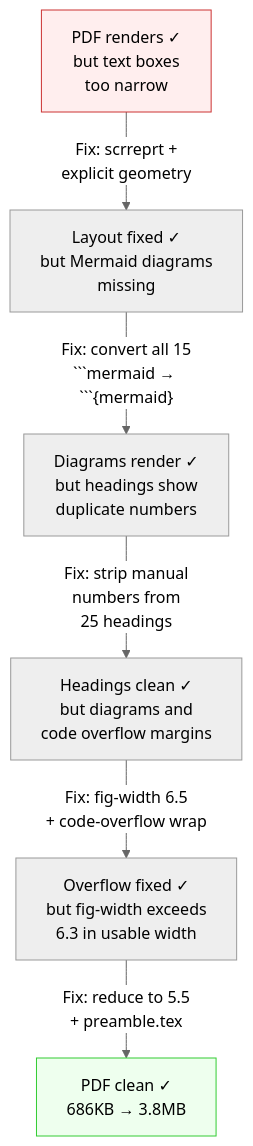
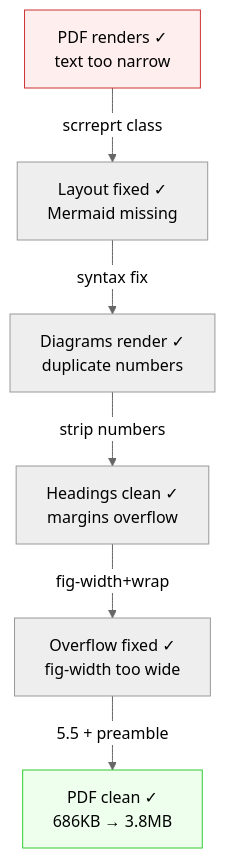
The second of 4 diagrams in case-study-publishing-pipeline.qmd (danielmeppiel/agentic-sdlc-handbook), drawn with Mermaid (neutral theme) before and after one commit. The commit also changed other lines of this file and 16 other files, not shown here.

First line of the commit message:
fix: aggressive fig-width capping — RCA-driven mermaid rendering overhaul

````diff
--- a/case-study-publishing-pipeline.qmd
+++ b/case-study-publishing-pipeline.qmd
@@ -67,12 +67,12 @@
 ```{mermaid}
-%%| fig-width: 5.5
+%%| fig-width: 4.5
 flowchart TD
-    A["PDF renders ✓<br/>but text boxes<br/>too narrow"] -->|Fix: scrreprt +<br/>explicit geometry| B["Layout fixed ✓<br/>but Mermaid diagrams<br/>missing"]
-    B -->|"Fix: convert all 15<br/>```mermaid → ```{mermaid}"| C["Diagrams render ✓<br/>but headings show<br/>duplicate numbers"]
-    C -->|Fix: strip manual<br/>numbers from<br/>25 headings| D["Headings clean ✓<br/>but diagrams and<br/>code overflow margins"]
-    D -->|Fix: fig-width 6.5<br/>+ code-overflow wrap| E["Overflow fixed ✓<br/>but fig-width exceeds<br/>6.3 in usable width"]
-    E -->|Fix: reduce to 5.5<br/>+ preamble.tex| F["PDF clean ✓<br/>686KB → 3.8MB"]
+    A["PDF renders ✓<br/>text too narrow"] -->|scrreprt class| B["Layout fixed ✓<br/>Mermaid missing"]
+    B -->|syntax fix| C["Diagrams render ✓<br/>duplicate numbers"]
+    C -->|strip numbers| D["Headings clean ✓<br/>margins overflow"]
+    D -->|fig-width+wrap| E["Overflow fixed ✓<br/>fig-width too wide"]
+    E -->|5.5 + preamble| F["PDF clean ✓<br/>686KB → 3.8MB"]
 
     style A fill:#fee,stroke:#c33
     style F fill:#efe,stroke:#3c3
 ```
````
